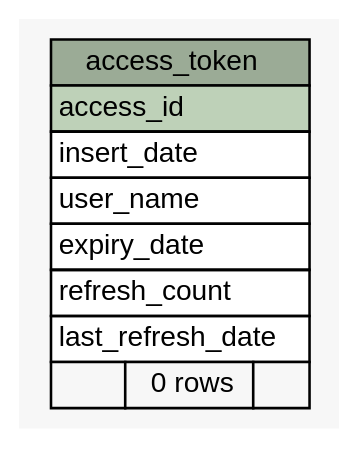
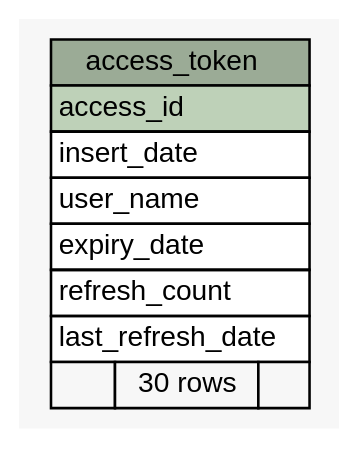
Before and after one commit to engineerscraft/salesforce: the diagram in docs/database/schemaspy/graphs/summary/access_token.1degree.dot, drawn with Graphviz. The commit also changed 157 other files, not shown here.

```diff
--- a/docs/database/schemaspy/graphs/summary/access_token.1degree.dot
+++ b/docs/database/schemaspy/graphs/summary/access_token.1degree.dot
@@ -1,30 +1,30 @@
 // dot 2.38.0 on Windows 7 6.1
 digraph "access_token" {
   graph [
     rankdir="RL"
     bgcolor="#f7f7f7"
   ];
   node [
     fontname="Helvetica"
     fontsize="11"
     shape="plaintext"
   ];
   edge [
     arrowsize="0.8"
   ];
   "access_token" [
     label=<
     <TABLE BORDER="0" CELLBORDER="1" CELLSPACING="0" BGCOLOR="#ffffff">
       <TR><TD PORT="access_token.heading" COLSPAN="3" BGCOLOR="#9bab96" ALIGN="CENTER">access_token</TD></TR>
       <TR><TD PORT="access_id" COLSPAN="3" BGCOLOR="#bed1b8" ALIGN="LEFT">access_id</TD></TR>
       <TR><TD PORT="insert_date" COLSPAN="3" ALIGN="LEFT">insert_date</TD></TR>
       <TR><TD PORT="user_name" COLSPAN="3" ALIGN="LEFT">user_name</TD></TR>
       <TR><TD PORT="expiry_date" COLSPAN="3" ALIGN="LEFT">expiry_date</TD></TR>
       <TR><TD PORT="refresh_count" COLSPAN="3" ALIGN="LEFT">refresh_count</TD></TR>
       <TR><TD PORT="last_refresh_date" COLSPAN="3" ALIGN="LEFT">last_refresh_date</TD></TR>
-      <TR><TD ALIGN="LEFT" BGCOLOR="#f7f7f7">  </TD><TD ALIGN="RIGHT" BGCOLOR="#f7f7f7">0 rows</TD><TD ALIGN="RIGHT" BGCOLOR="#f7f7f7">  </TD></TR>
+      <TR><TD ALIGN="LEFT" BGCOLOR="#f7f7f7">  </TD><TD ALIGN="RIGHT" BGCOLOR="#f7f7f7">30 rows</TD><TD ALIGN="RIGHT" BGCOLOR="#f7f7f7">  </TD></TR>
     </TABLE>>
     URL="tables/access_token.html#"
     tooltip="access_token"
   ];
 }
```
